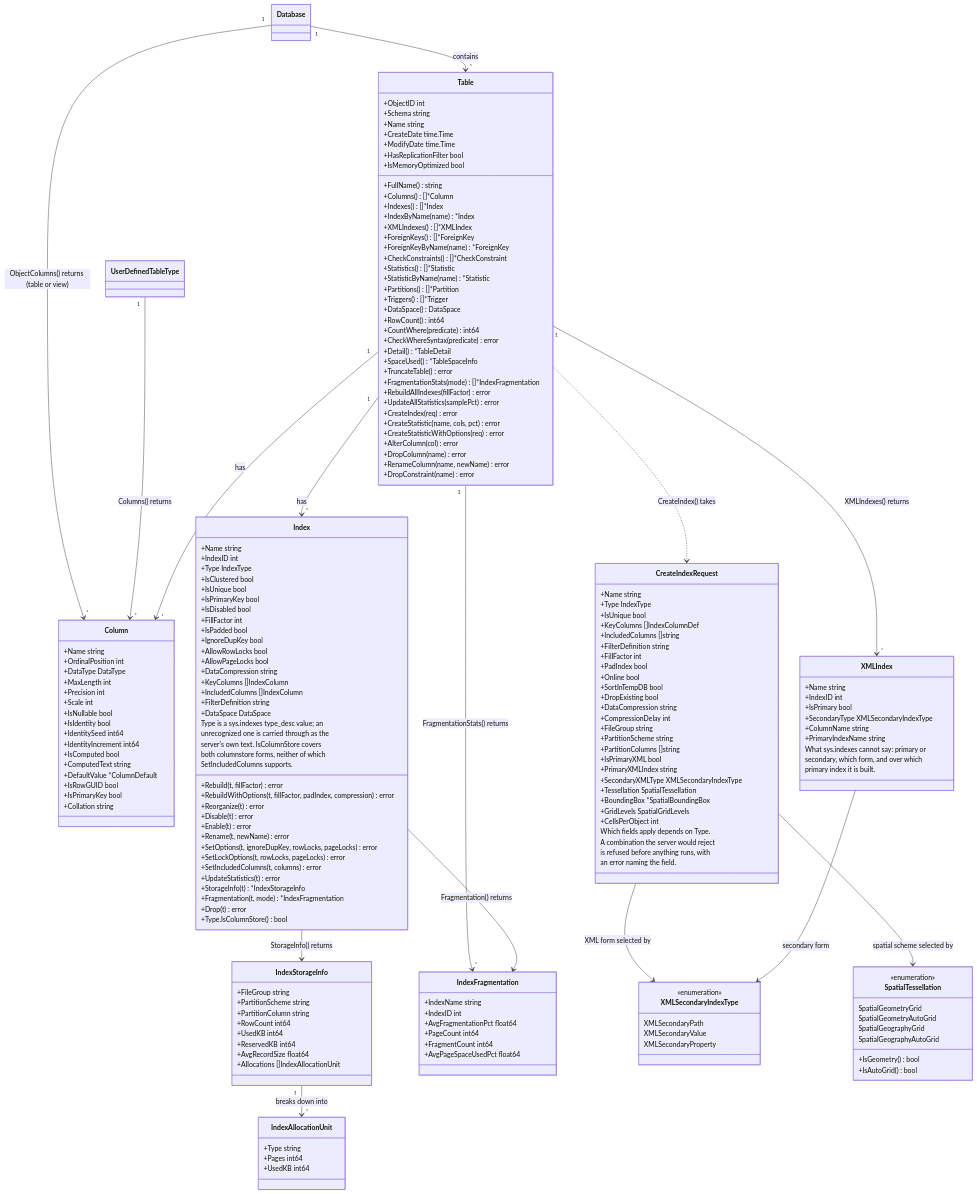
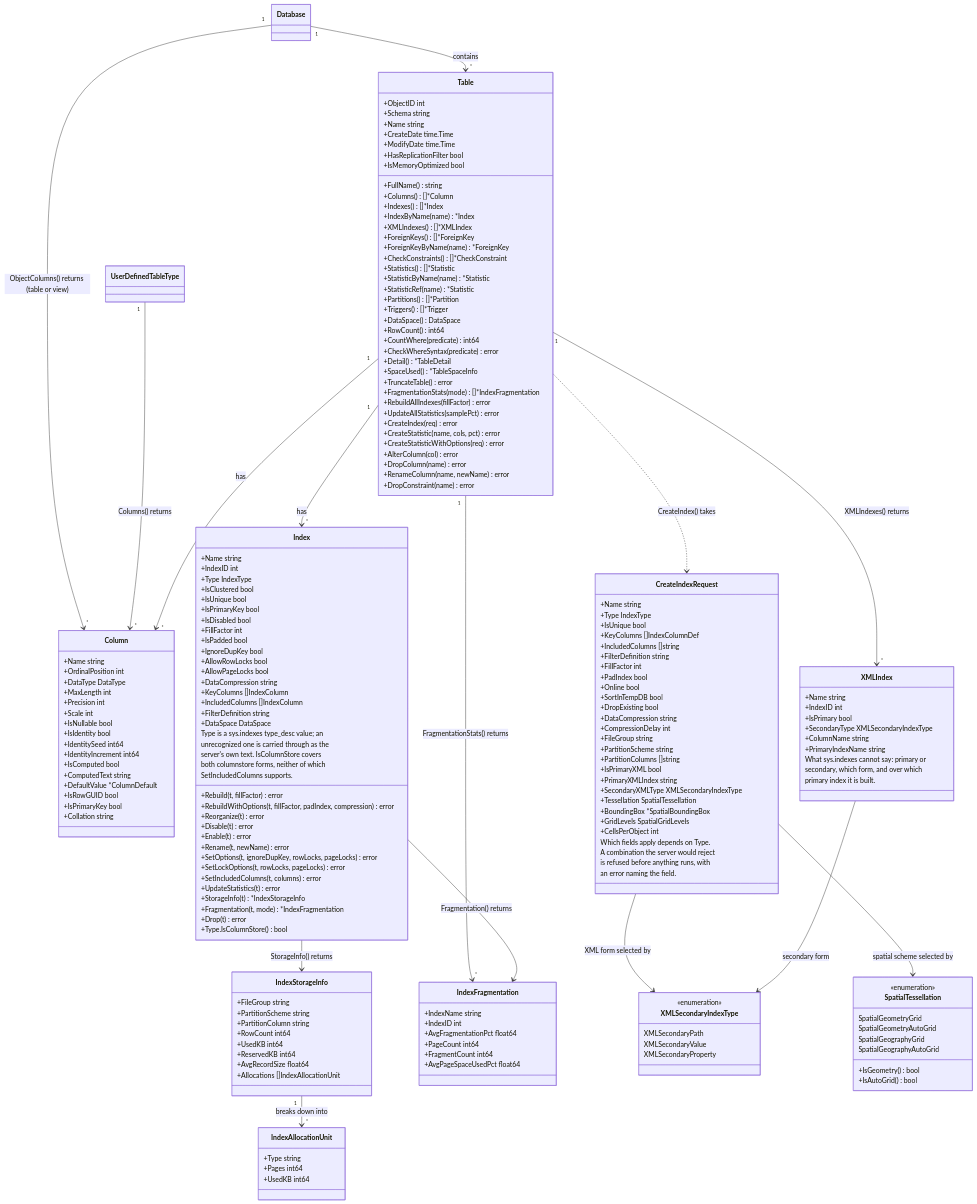
One commit to radix29/gosmo changed the diagram in diagram/10-tables-and-indexes.mmd. Above: the diagram before and after it, drawn with Mermaid. The commit also changed 99 other files, not shown here.

```diff
--- a/diagram/10-tables-and-indexes.mmd
+++ b/diagram/10-tables-and-indexes.mmd
@@ -22,6 +22,7 @@
         +CheckConstraints() []*CheckConstraint
         +Statistics() []*Statistic
         +StatisticByName(name) *Statistic
+        +StatisticRef(name) *Statistic
         +Partitions() []*Partition
         +Triggers() []*Trigger
         +DataSpace() DataSpace
```
